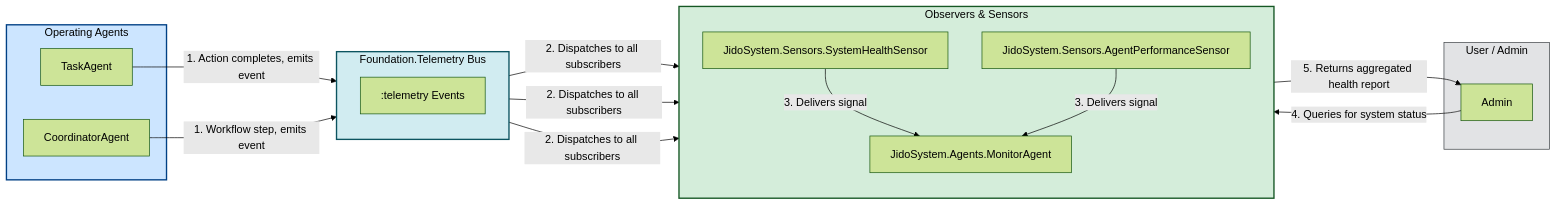
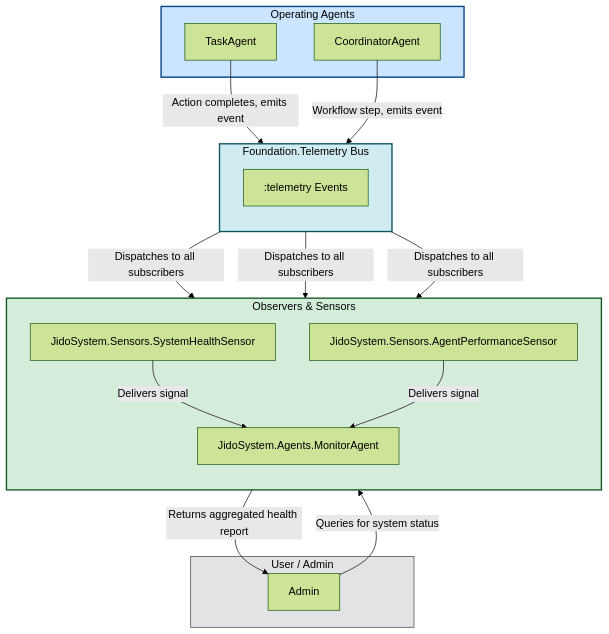
Before and after one commit to nshkrdotcom/foundation: the fifth of 10 diagrams in DIAGS_20250629.md, drawn with Mermaid (forest theme). The commit also changed other lines of this file and 14 other files, not shown here.

````diff
--- a/DIAGS_20250629.md
+++ b/DIAGS_20250629.md
@@ -239,41 +239,41 @@
 ```mermaid
-graph LR
+graph TD
     subgraph Agents["Operating Agents"]
         TaskAgent["TaskAgent"]
         CoordAgent["CoordinatorAgent"]
     end
     
     subgraph FoundationTelemetry["Foundation.Telemetry Bus"]
         direction TB
         TelemetryBus[":telemetry Events"]
     end
 
     subgraph Observers["Observers & Sensors"]
         direction TB
         HealthSensor["JidoSystem.Sensors.SystemHealthSensor"]
         PerfSensor["JidoSystem.Sensors.AgentPerformanceSensor"]
         MonitorAgent["JidoSystem.Agents.MonitorAgent"]
     end
 
     subgraph User["User / Admin"]
         Admin["Admin"]
     end
 
-    TaskAgent -->|1. Action completes, emits event| TelemetryBus
-    CoordAgent -->|1. Workflow step, emits event| TelemetryBus
+    TaskAgent -->|Action completes, emits event| TelemetryBus
+    CoordAgent -->|Workflow step, emits event| TelemetryBus
 
-    TelemetryBus -->|2. Dispatches to all subscribers| HealthSensor
-    TelemetryBus -->|2. Dispatches to all subscribers| PerfSensor
-    TelemetryBus -->|2. Dispatches to all subscribers| MonitorAgent
+    TelemetryBus -->|Dispatches to all subscribers| HealthSensor
+    TelemetryBus -->|Dispatches to all subscribers| PerfSensor
+    TelemetryBus -->|Dispatches to all subscribers| MonitorAgent
 
-    HealthSensor -->|3. Delivers signal| MonitorAgent
-    PerfSensor -->|3. Delivers signal| MonitorAgent
+    HealthSensor -->|Delivers signal| MonitorAgent
+    PerfSensor -->|Delivers signal| MonitorAgent
 
-    Admin -->|4. Queries for system status| MonitorAgent
-    MonitorAgent -->|5. Returns aggregated health report| Admin
+    Admin -->|Queries for system status| MonitorAgent
+    MonitorAgent -->|Returns aggregated health report| Admin
 
     style Agents fill:#cce5ff,stroke:#004085,stroke-width:2px,color:#000
     style FoundationTelemetry fill:#d1ecf1,stroke:#0c5460,stroke-width:2px,color:#000
     style Observers fill:#d4edda,stroke:#155724,stroke-width:2px,color:#000
     style User fill:#e2e3e5,stroke:#383d41,stroke-width:1px,color:#000
 ```
````
